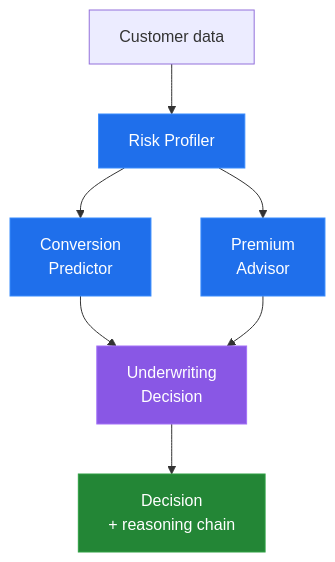
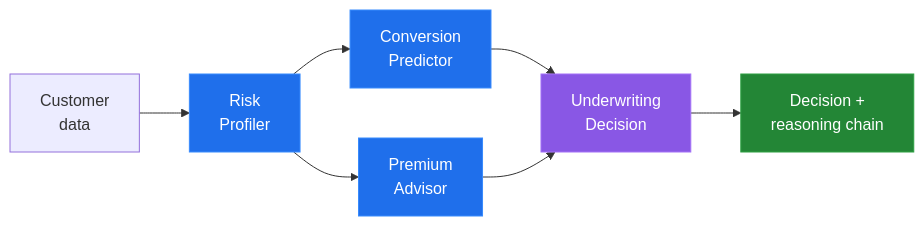
One commit to Rohithprasad-4/Rohithprasad-4 changed the diagram in readme.md. Above: the diagram before and after it, drawn with Mermaid. The commit also changed other lines of this file, not shown here.

````diff
--- a/readme.md
+++ b/readme.md
@@ -82,15 +115,15 @@
 ```mermaid
-flowchart TD
-    IN["Customer data"] --> RP["Risk Profiler"]
+flowchart LR
+    IN["Customer<br/>data"] --> RP["Risk<br/>Profiler"]
     RP --> CP["Conversion<br/>Predictor"]
     RP --> PA["Premium<br/>Advisor"]
     CP --> UW["Underwriting<br/>Decision"]
     PA --> UW
-    UW --> OUT["Decision<br/>+ reasoning chain"]
+    UW --> OUT["Decision +<br/>reasoning chain"]
 
     style RP fill:#1f6feb,stroke:#388bfd,color:#fff
     style CP fill:#1f6feb,stroke:#388bfd,color:#fff
     style PA fill:#1f6feb,stroke:#388bfd,color:#fff
     style UW fill:#8957e5,stroke:#a371f7,color:#fff
     style OUT fill:#238636,stroke:#2ea043,color:#fff
 ```
````
